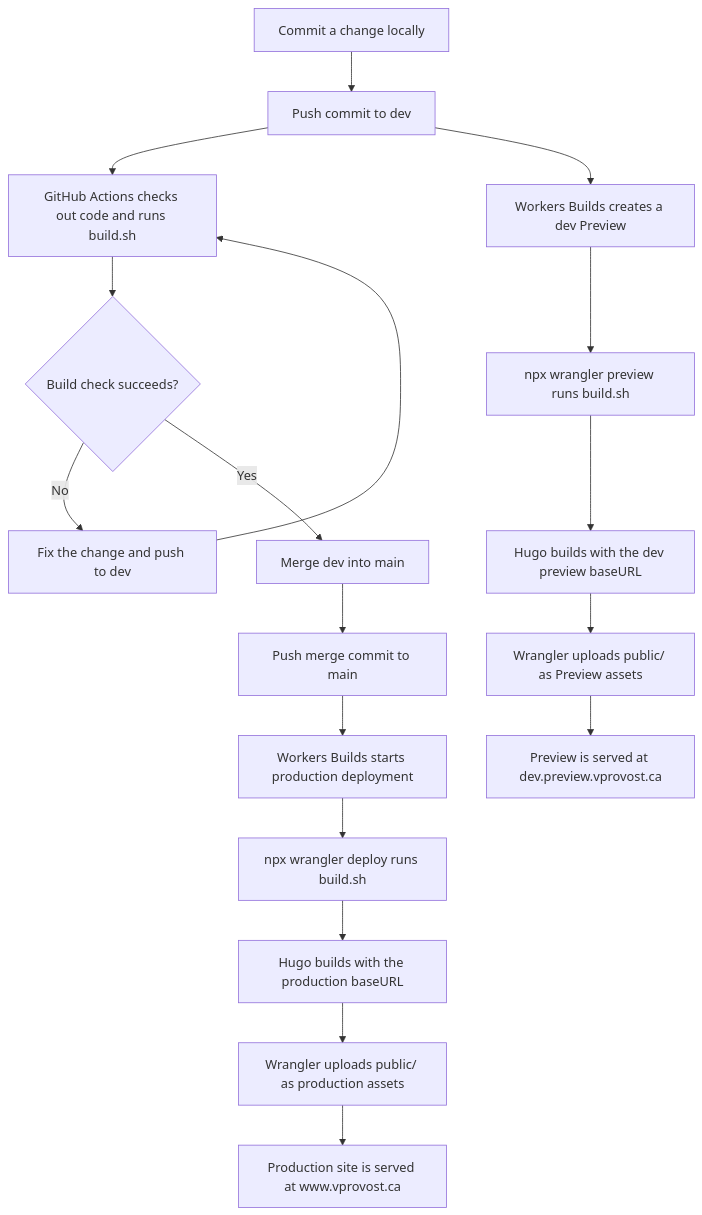
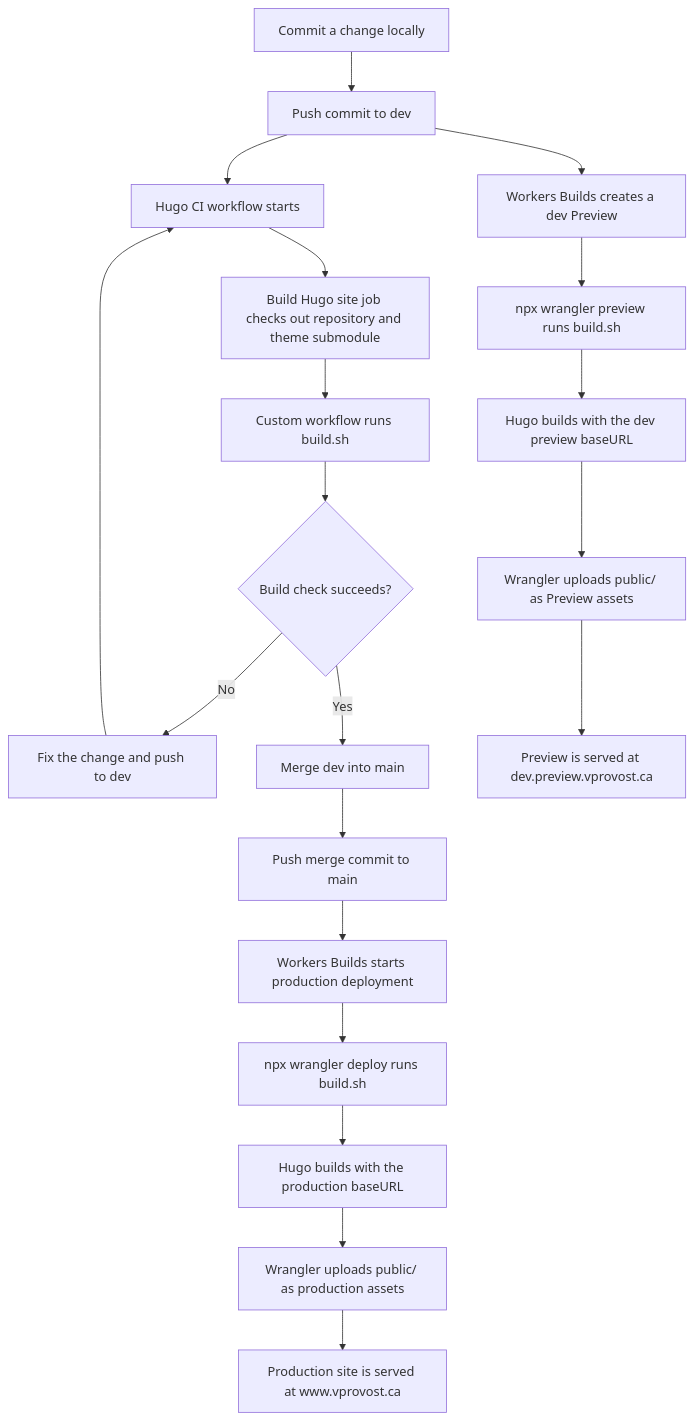
Before and after one commit to VanProvost/personal-site: the diagram in content/posts/hello-world.md, drawn with Mermaid. The commit also changed other lines of this file, not shown here.

Commit message:
refactor: update CI workflow description and improve build process details in hello-world.md

````diff
--- a/content/posts/hello-world.md
+++ b/content/posts/hello-world.md
@@ -36,22 +36,24 @@
 ```mermaid
 flowchart TD
   A[Commit a change locally] --> B[Push commit to dev]
-  B --> C[GitHub Actions checks out code and runs build.sh]
-  C --> D{Build check succeeds?}
-  D -->|No| E[Fix the change and push to dev]
-  E --> C
-  D -->|Yes| F[Merge dev into main]
+  B --> C[Hugo CI workflow starts]
+  C --> D[Build Hugo site job checks out repository and theme submodule]
+  D --> E[Custom workflow runs build.sh]
+  E --> F{Build check succeeds?}
+  F -->|No| G[Fix the change and push to dev]
+  G --> C
+  F -->|Yes| H[Merge dev into main]
 
-  B --> G[Workers Builds creates a dev Preview]
-  G --> H[npx wrangler preview runs build.sh]
-  H --> I[Hugo builds with the dev preview baseURL]
-  I --> J[Wrangler uploads public/ as Preview assets]
-  J --> K[Preview is served at dev.preview.vprovost.ca]
+  B --> I[Workers Builds creates a dev Preview]
+  I --> J[npx wrangler preview runs build.sh]
+  J --> K[Hugo builds with the dev preview baseURL]
+  K --> L[Wrangler uploads public/ as Preview assets]
+  L --> M[Preview is served at dev.preview.vprovost.ca]
 
-  F --> L[Push merge commit to main]
-  L --> M[Workers Builds starts production deployment]
-  M --> N[npx wrangler deploy runs build.sh]
-  N --> O[Hugo builds with the production baseURL]
-  O --> P[Wrangler uploads public/ as production assets]
-  P --> Q[Production site is served at www.vprovost.ca]
+  H --> N[Push merge commit to main]
+  N --> O[Workers Builds starts production deployment]
+  O --> P[npx wrangler deploy runs build.sh]
+  P --> Q[Hugo builds with the production baseURL]
+  Q --> R[Wrangler uploads public/ as production assets]
+  R --> S[Production site is served at www.vprovost.ca]
 ```
````
